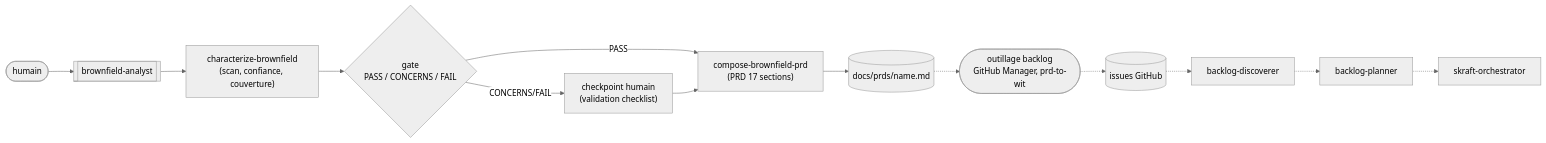
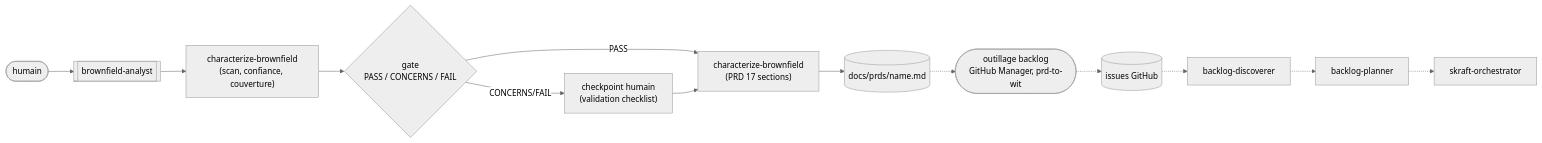
Before and after one commit to SebastienDegodez/skraft-plugin: the first of 3 diagrams in docs/site/fr/explanation/brownfield.md, drawn with Mermaid (neutral theme). The commit also changed other lines of this file and 1 other file, not shown here.

Commit message:
docs(brownfield): PRD composition links point to characterize-brownfield
compose-brownfield-prd was merged into characterize-brownfield; the explanation pages
(EN, FR) linked a dashboard anchor that no longer exists.

Refs #221

````diff
--- a/docs/site/fr/explanation/brownfield.md
+++ b/docs/site/fr/explanation/brownfield.md
@@ -51,15 +51,15 @@
 ```mermaid
 flowchart LR
     H(["humain"]) --> BA[["brownfield-analyst"]]
     BA --> CB["characterize-brownfield<br/>(scan, confiance, couverture)"]
     CB --> G{"gate<br/>PASS / CONCERNS / FAIL"}
     G -->|CONCERNS/FAIL| CHK["checkpoint humain<br/>(validation checklist)"]
-    G -->|PASS| CP["compose-brownfield-prd<br/>(PRD 17 sections)"]
+    G -->|PASS| CP["characterize-brownfield<br/>(PRD 17 sections)"]
     CHK --> CP
     CP --> PRD[("docs/prds/name.md")]
     PRD -.-> BLT(["outillage backlog<br/>GitHub Manager, prd-to-wit"])
     BLT -.-> ISSUES[("issues GitHub")]
     ISSUES -.-> BD["backlog-discoverer"]
     BD -.-> BP["backlog-planner"]
     BP -.-> ORCH["skraft-orchestrator"]
 ```
````
